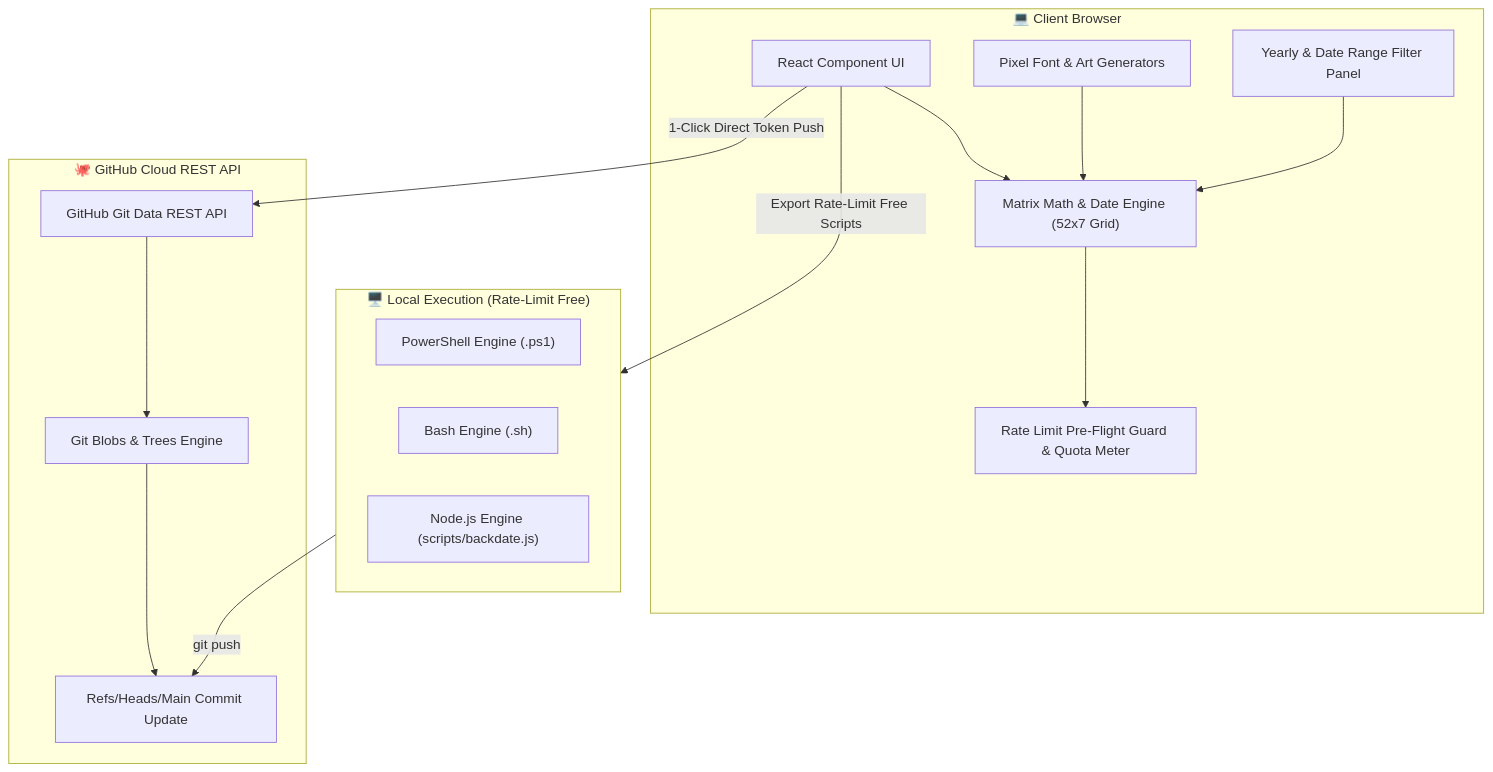
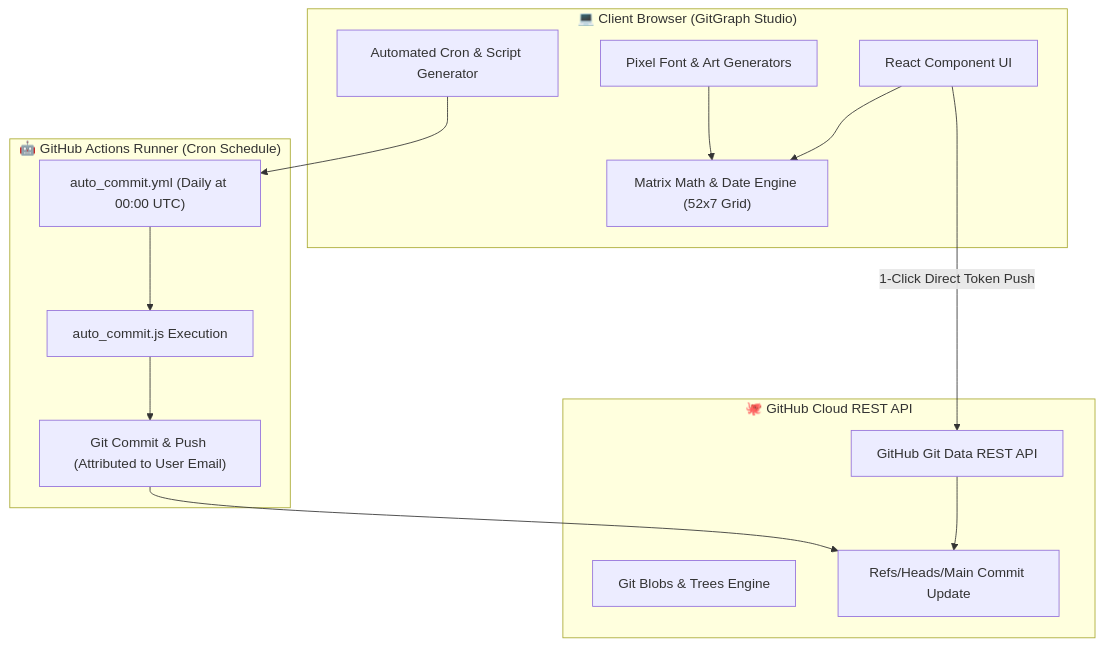
The diagram in README.md (realranjan/git_cron_schedular), drawn with Mermaid before and after one commit. The commit also changed other lines of this file and 5 other files, not shown here.

Commit message:
fix(cron): update auto_commit.js script generator with file creation engine and user email attribution

````diff
--- a/README.md
+++ b/README.md
@@ -21,34 +63,32 @@
 ```mermaid
 flowchart TD
-    subgraph Client ["💻 Client Browser"]
+    subgraph Client ["💻 Client Browser (GitGraph Studio)"]
         UI["React Component UI"]
         MatrixEngine["Matrix Math & Date Engine (52x7 Grid)"]
         PresetGen["Pixel Font & Art Generators"]
-        DateFilter["Yearly & Date Range Filter Panel"]
-        RateLimitGuard["Rate Limit Pre-Flight Guard & Quota Meter"]
+        CronGen["Automated Cron & Script Generator"]
     end
 
     subgraph GitHubAPI ["🐙 GitHub Cloud REST API"]
         GitDataAPI["GitHub Git Data REST API"]
         TreeBlob["Git Blobs & Trees Engine"]
         RefUpdate["Refs/Heads/Main Commit Update"]
     end
 
-    subgraph LocalScript ["🖥️ Local Execution (Rate-Limit Free)"]
-        PS1["PowerShell Engine (.ps1)"]
-        SH["Bash Engine (.sh)"]
-        NodeJS["Node.js Engine (scripts/backdate.js)"]
+    subgraph GitHubActions ["🤖 GitHub Actions Runner (Cron Schedule)"]
+        Workflow["auto_commit.yml (Daily at 00:00 UTC)"]
+        ScriptExec["auto_commit.js Execution"]
+        GitCommitPush["Git Commit & Push (Attributed to User Email)"]
     end
 
     UI --> MatrixEngine
     PresetGen --> MatrixEngine
-    DateFilter --> MatrixEngine
-    MatrixEngine --> RateLimitGuard
+    CronGen --> Workflow
 
     UI -- "1-Click Direct Token Push" --> GitDataAPI
-    GitDataAPI --> TreeBlob
-    TreeBlob --> RefUpdate
+    GitDataAPI --> RefUpdate
 
-    UI -- "Export Rate-Limit Free Scripts" --> LocalScript
-    LocalScript -- "git push" --> RefUpdate
+    Workflow --> ScriptExec
+    ScriptExec --> GitCommitPush
+    GitCommitPush --> RefUpdate
 ```
````
